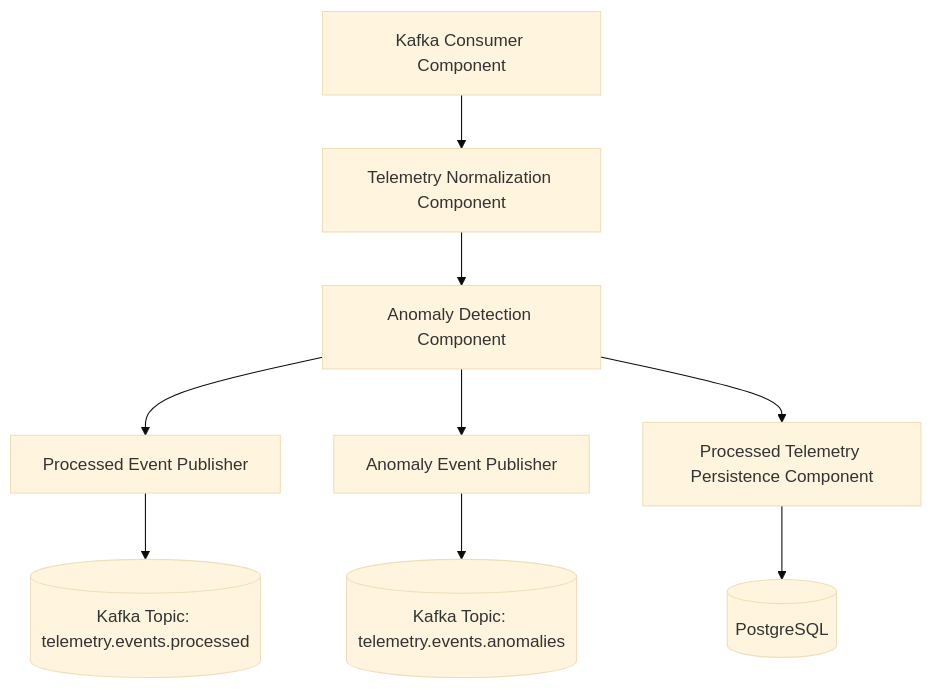
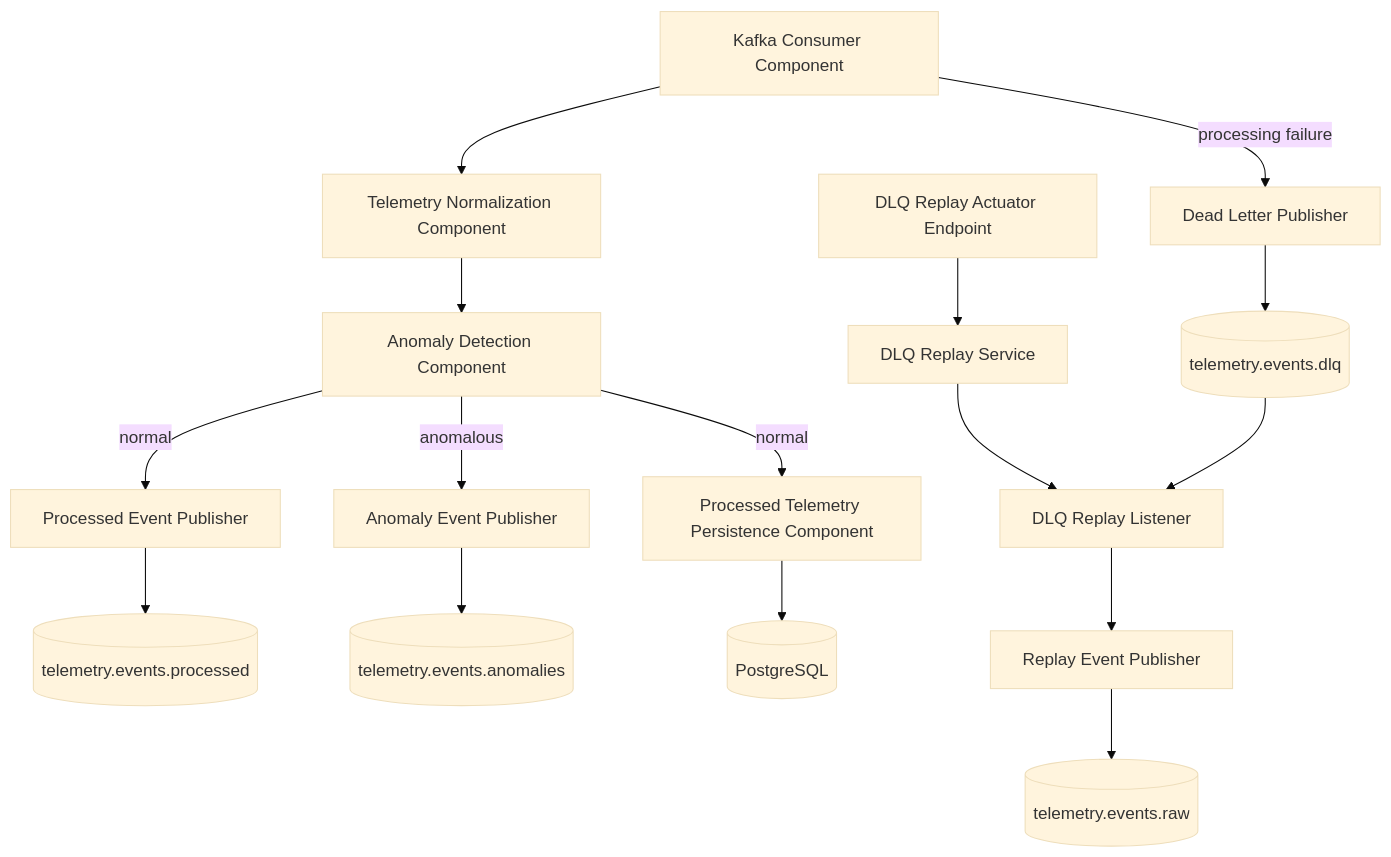
The fourth of 4 diagrams in docs/architecture/c4-model.md (ME-Massine/pulsestream), drawn with Mermaid (base theme) before and after one commit. The commit also changed other lines of this file and 14 other files, not shown here.

First line of the commit message:
docs: synchronize project state, roadmap, and diagrams (#261)

````diff
--- a/docs/architecture/c4-model.md
+++ b/docs/architecture/c4-model.md
@@ -151,12 +157,20 @@
 ```mermaid
 flowchart TB
     A[Kafka Consumer Component] --> B[Telemetry Normalization Component]
     B --> C[Anomaly Detection Component]
-    C --> D[Processed Event Publisher]
-    C --> E[Anomaly Event Publisher]
-    C --> F[Processed Telemetry Persistence Component]
+    C -- normal --> D[Processed Event Publisher]
+    C -- normal --> F[Processed Telemetry Persistence Component]
+    C -- anomalous --> E[Anomaly Event Publisher]
+    A -- processing failure --> K[Dead Letter Publisher]
 
-    D --> G[(Kafka Topic: telemetry.events.processed)]
-    E --> H[(Kafka Topic: telemetry.events.anomalies)]
+    D --> G[(telemetry.events.processed)]
+    E --> H[(telemetry.events.anomalies)]
     F --> I[(PostgreSQL)]
+    K --> J[(telemetry.events.dlq)]
+
+    L[DLQ Replay Actuator Endpoint] --> M[DLQ Replay Service]
+    M --> N[DLQ Replay Listener]
+    J --> N
+    N --> O[Replay Event Publisher]
+    O --> P[(telemetry.events.raw)]
 ```
````
